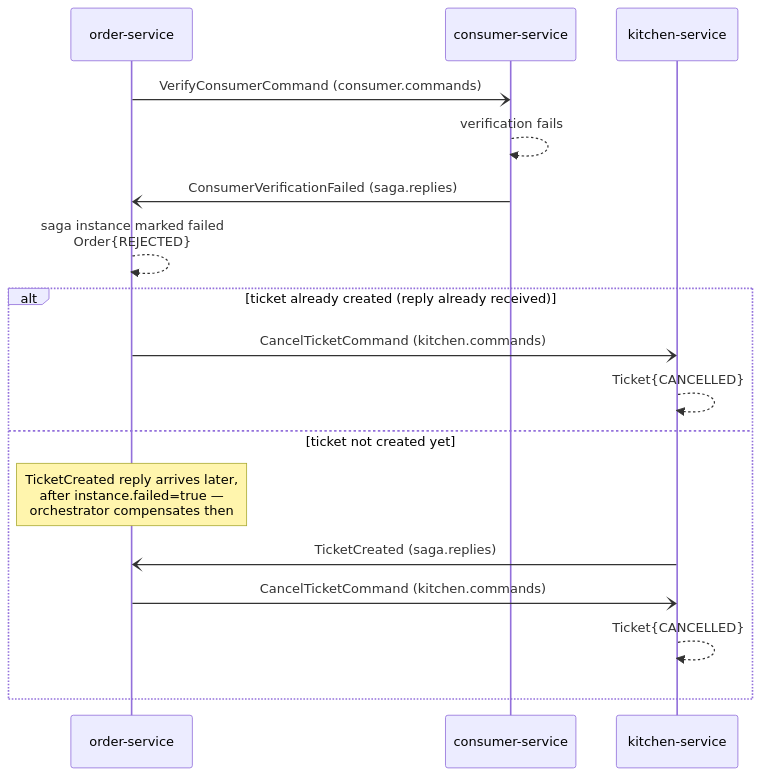
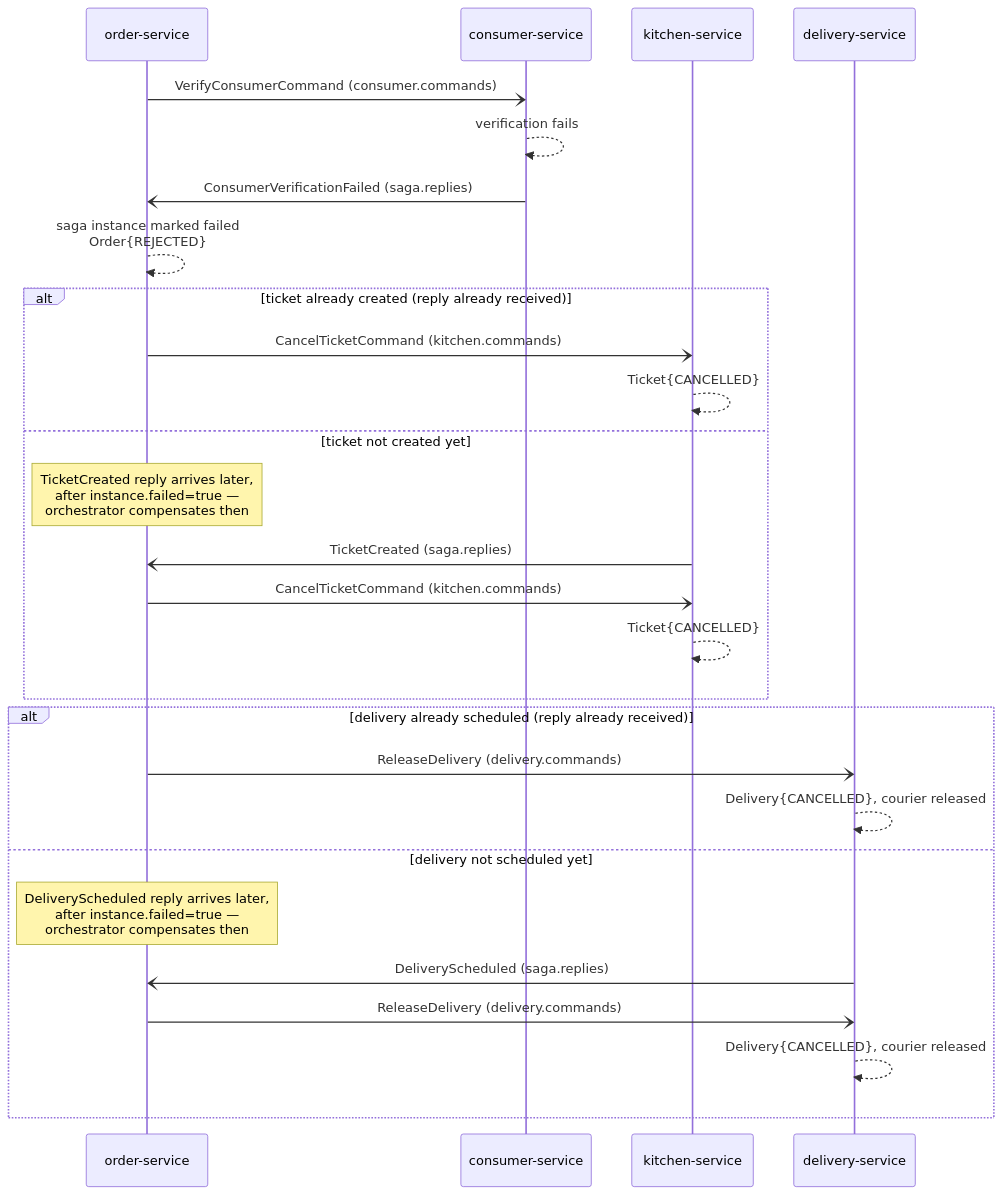
One commit to sanjaykpradhan10/my-food-to-go-app changed the seventh of 22 diagrams in docs/ARCHITECTURE.md. Above: the diagram before and after it, drawn with Mermaid. The commit also changed other lines of this file and 5 other files, not shown here.

Commit message:
docs: document Delivery aggregate and saga participation across all touched services

````diff
--- a/docs/ARCHITECTURE.md
+++ b/docs/ARCHITECTURE.md
@@ -199,20 +248,30 @@
 ```mermaid
 sequenceDiagram
     participant O as order-service
     participant Con as consumer-service
     participant K as kitchen-service
+    participant D as delivery-service
 
     O-)Con: VerifyConsumerCommand (consumer.commands)
     Con-->>Con: verification fails
     Con-)O: ConsumerVerificationFailed (saga.replies)
     O-->>O: saga instance marked failed<br/>Order{REJECTED}
     alt ticket already created (reply already received)
         O-)K: CancelTicketCommand (kitchen.commands)
         K-->>K: Ticket{CANCELLED}
     else ticket not created yet
         Note over O: TicketCreated reply arrives later,<br/>after instance.failed=true —<br/>orchestrator compensates then
         K-)O: TicketCreated (saga.replies)
         O-)K: CancelTicketCommand (kitchen.commands)
         K-->>K: Ticket{CANCELLED}
     end
+    alt delivery already scheduled (reply already received)
+        O-)D: ReleaseDelivery (delivery.commands)
+        D-->>D: Delivery{CANCELLED}, courier released
+    else delivery not scheduled yet
+        Note over O: DeliveryScheduled reply arrives later,<br/>after instance.failed=true —<br/>orchestrator compensates then
+        D-)O: DeliveryScheduled (saga.replies)
+        O-)D: ReleaseDelivery (delivery.commands)
+        D-->>D: Delivery{CANCELLED}, courier released
+    end
 ```
````
